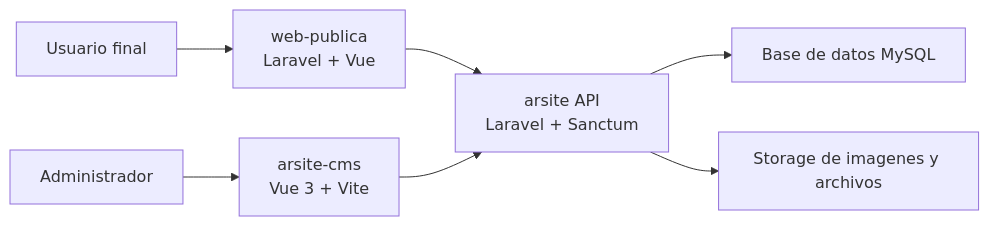
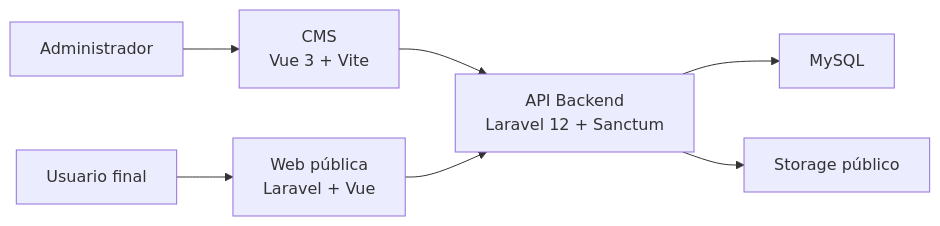
The diagram in README.md (Willy-zzz/Arsite), drawn with Mermaid before and after one commit. The commit also changed other lines of this file and 3 other files, not shown here.

````diff
--- a/README.md
+++ b/README.md
@@ -326,9 +7,9 @@
 ```mermaid
 flowchart LR
-    U["Usuario final"] --> W["web-publica<br/>Laravel + Vue"]
-    A["Administrador"] --> C["arsite-cms<br/>Vue 3 + Vite"]
-    W --> B["arsite API<br/>Laravel + Sanctum"]
-    C --> B
-    B --> D["Base de datos MySQL"]
-    B --> S["Storage de imagenes y archivos"]
+    U["Usuario final"] --> W["Web pública<br/>Laravel + Vue"]
+    A["Administrador"] --> C["CMS<br/>Vue 3 + Vite"]
+    C --> B["API Backend<br/>Laravel 12 + Sanctum"]
+    W --> B
+    B --> D["MySQL"]
+    B --> S["Storage público"]
 ```
````
